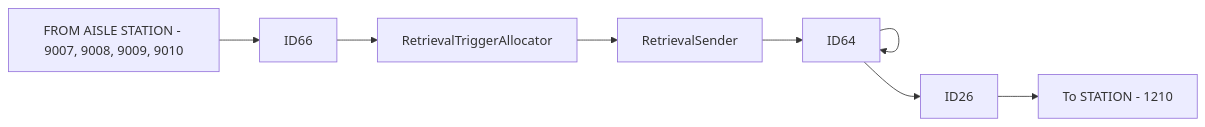
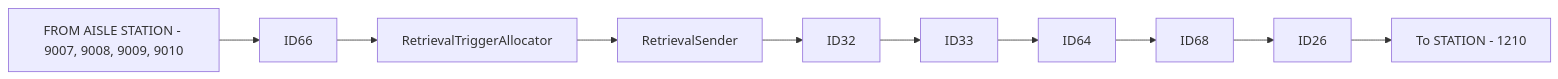
Before and after one commit to luthfiadityaa/SimeDarby-Wiki: the first of 9 diagrams in Basic-Design/DFD-WMS/Retrieval/Stacked-Empty-Pallet.md, drawn with Mermaid.

Commit message:
Updated Stacked Empty Pallet

```diff
--- a/Basic-Design/DFD-WMS/Retrieval/Stacked-Empty-Pallet.md
+++ b/Basic-Design/DFD-WMS/Retrieval/Stacked-Empty-Pallet.md
@@ -5,5 +5,5 @@
 ::: mermaid
 flowchart LR
   
-P1[FROM AISLE STATION - 9007, 9008, 9009, 9010]-->P2[ID66]-->P3[RetrievalTriggerAllocator]-->P4[RetrievalSender]-->P5[ID32]-->P5[ID33]-->P5[ID64]-->P7[ID26]-->P8[To STATION - 1210] 
+P1[FROM AISLE STATION - 9007, 9008, 9009, 9010]-->P2[ID66]-->P3[RetrievalTriggerAllocator]-->P4[RetrievalSender]-->P5[ID32]-->P6[ID33]-->P7[ID64]-->P8[ID68]-->P9[ID26]-->P10[To STATION - 1210] 
 :::
```
